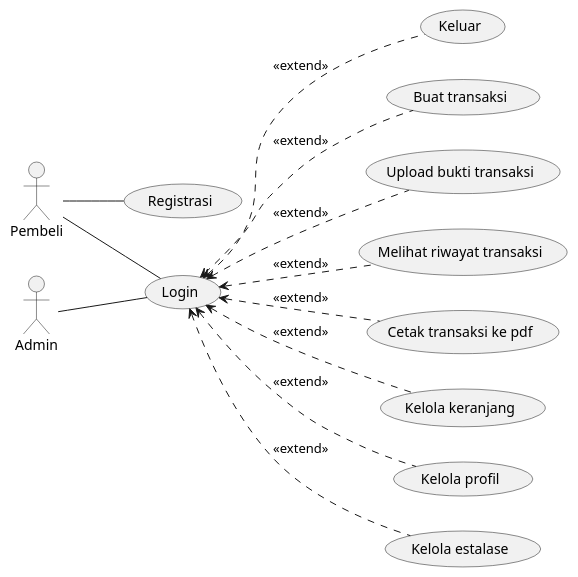
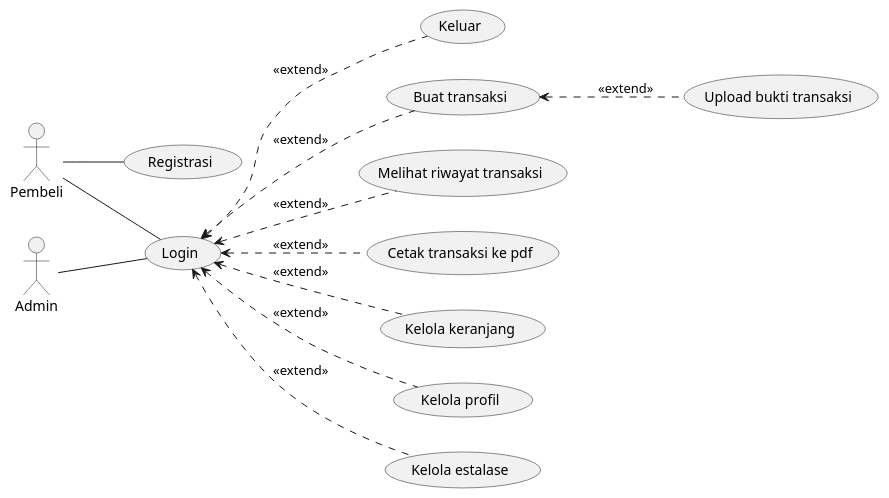
Before and after one commit to stnDinus/skpl_apbo_diagrams: the diagram in use_case.puml, drawn with PlantUML.

Commit message:
fix: extend up_trx_receipt to trx

```diff
--- a/use_case.puml
+++ b/use_case.puml
@@ -1,33 +1,34 @@
 @startuml
 left to right direction
 
 actor Pembeli as usr
 actor Admin as root
 
 (Login) as signin
 (Registrasi) as signup
 (Keluar) as signout
 (Buat transaksi) as trx
 (Upload bukti transaksi) as up_trx_receipt
 (Melihat riwayat transaksi) as trx_history
 (Cetak transaksi ke pdf) as pdf_trx
 (Kelola keranjang) as mng_cart
 (Kelola profil) as mng_profile
 (Kelola estalase) as stock
 
 usr -- signin
 usr -- signup
 
 root -- signin
 
 signin <.. trx: <<extend>>
-signin <.. up_trx_receipt: <<extend>>
 signin <.. trx_history: <<extend>>
 signin <.. pdf_trx: <<extend>>
 signin <.. mng_cart: <<extend>>
 signin <.. mng_profile: <<extend>>
 signin <.. signout: <<extend>>
 
+trx <.. up_trx_receipt: <<extend>>
+
 signin <.. stock: <<extend>>
 
 @enduml
```
